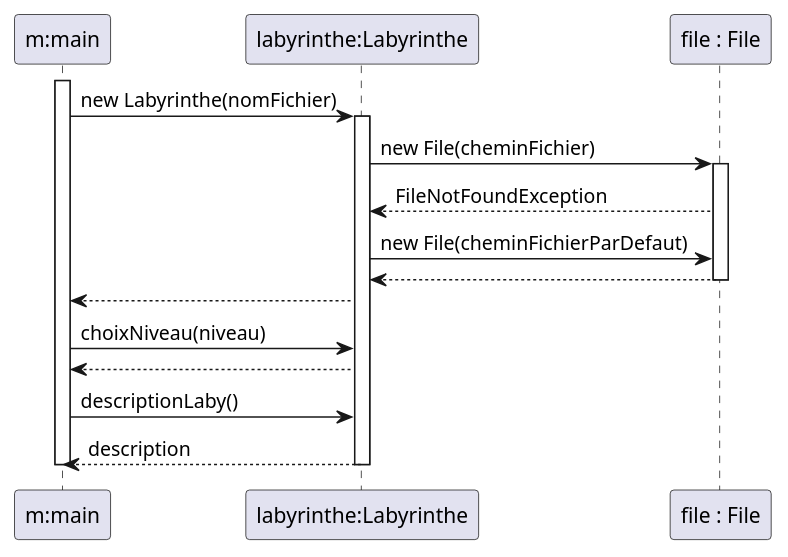
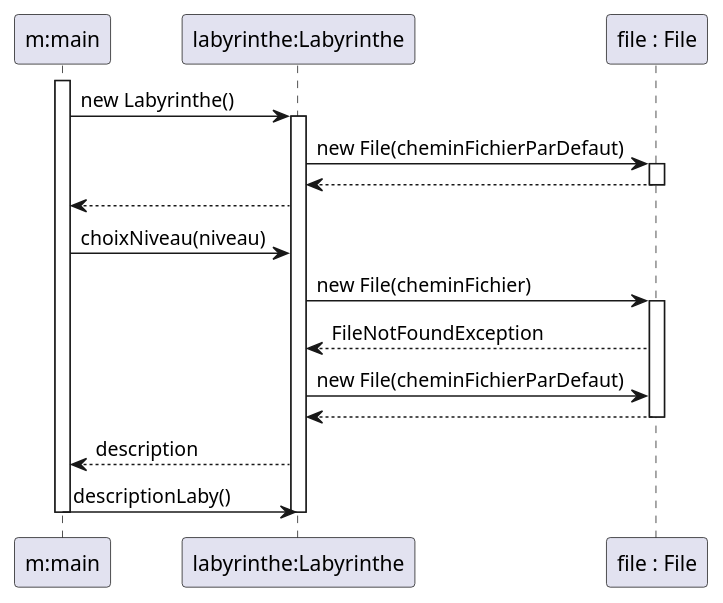
Before and after one commit to Baloo54/Zeldiablo_Comte_Fuchs_Andre_Mathieu: the second of 4 diagrams in documents/itération1/itération1.puml, drawn with PlantUML.

Commit message:
chore: Mettre à jour le fichier de description du labyrinthe et supprimer les fichiers de diagramme de classe et de labyrinthe par défaut

```diff
--- a/documents/itération1/itération1.puml
+++ b/documents/itération1/itération1.puml
@@ -45,24 +45,29 @@
 @startuml  sequenceLaby
 
 participant "m:main" as main
 participant "labyrinthe:Labyrinthe" as labyrinthe
 participant "file : File" as File
 
 activate main
-main -> labyrinthe : new Labyrinthe(nomFichier)
+main -> labyrinthe : new Labyrinthe()
 activate labyrinthe
+labyrinthe -> File : new File(cheminFichierParDefaut)
+activate File
+File --> labyrinthe
+deactivate File
+labyrinthe --> main
+
+main -> labyrinthe : choixNiveau(niveau)
 labyrinthe -> File : new File(cheminFichier)
 activate File
-
 File --> labyrinthe : FileNotFoundException
 labyrinthe -> File : new File(cheminFichierParDefaut)
 File --> labyrinthe
 deactivate File
-labyrinthe --> main
-main -> labyrinthe : choixNiveau(niveau)
-labyrinthe --> main
+
+labyrinthe --> main : description
 main -> labyrinthe : descriptionLaby()
-labyrinthe --> main : description
+
 deactivate labyrinthe
 deactivate main
 @enduml
```
